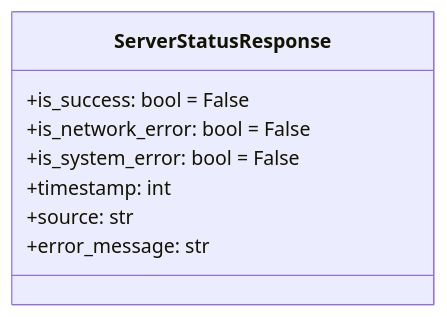
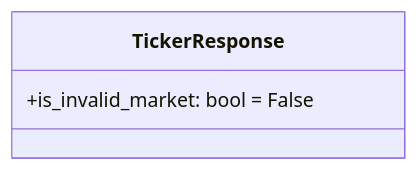
One commit to gatesplan/python-toolbox changed diagram 13 of 16 in packages/financial-assets/financial_assets/response/Architecture.md. Above: the diagram before and after it, drawn with Mermaid. The commit also changed other lines of this file, not shown here.

First line of the commit message:
docs(financial-assets): Response 아키텍처 BaseResponse 상속 구조로 리팩토링

````diff
--- a/packages/financial-assets/financial_assets/response/Architecture.md
+++ b/packages/financial-assets/financial_assets/response/Architecture.md
@@ -569,11 +329,6 @@
 ```mermaid
 classDiagram
-    class ServerStatusResponse {
-        +is_success: bool = False
-        +is_network_error: bool = False
-        +is_system_error: bool = False
-        +timestamp: int
-        +source: str
-        +error_message: str
+    class TickerResponse {
+        +is_invalid_market: bool = False
     }
 ```
````
